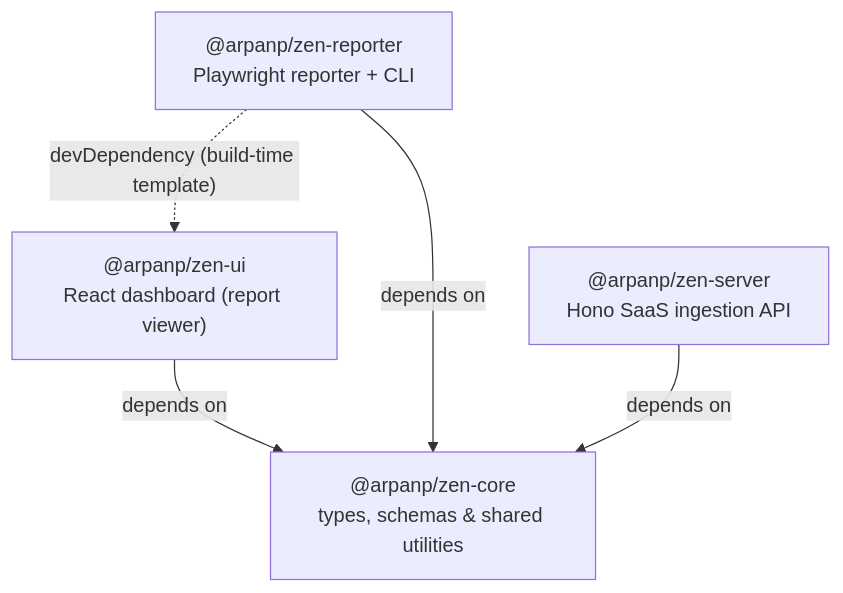
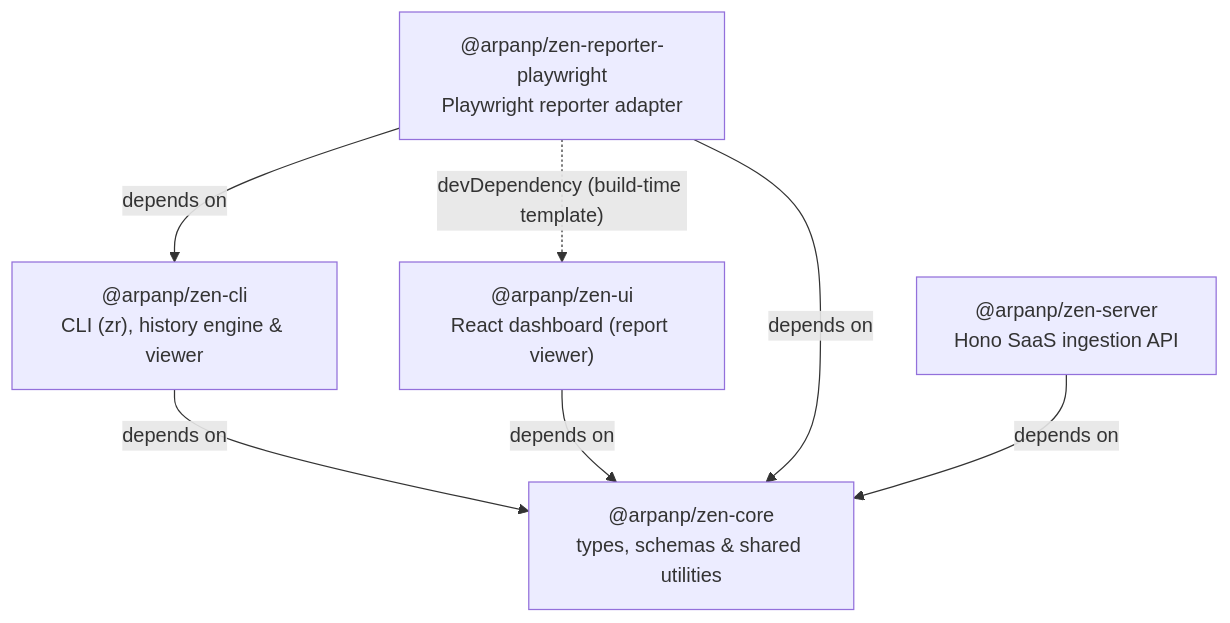
One commit to apatelia/zen-reporter changed the first of 2 diagrams in docs/architecture.md. Above: the diagram before and after it, drawn with Mermaid. The commit also changed other lines of this file and 6 other files, not shown here.

First line of the commit message:
docs: update architecture, CLI, and reporter package references

````diff
--- a/docs/architecture.md
+++ b/docs/architecture.md
@@ -28,12 +24,15 @@
 ```mermaid
 flowchart TD
     CORE["@arpanp/zen-core<br/>types, schemas & shared utilities"]
+    CLI["@arpanp/zen-cli<br/>CLI (zr), history engine & viewer"]
     UI["@arpanp/zen-ui<br/>React dashboard (report viewer)"]
-    REP["@arpanp/zen-reporter<br/>Playwright reporter + CLI"]
+    REP["@arpanp/zen-reporter-playwright<br/>Playwright reporter adapter"]
     SRV["@arpanp/zen-server<br/>Hono SaaS ingestion API"]
 
+    CLI -->|depends on| CORE
     UI -->|depends on| CORE
     REP -->|depends on| CORE
+    REP -->|depends on| CLI
     SRV -->|depends on| CORE
     REP -. devDependency (build-time template) .-> UI
 ```
````
